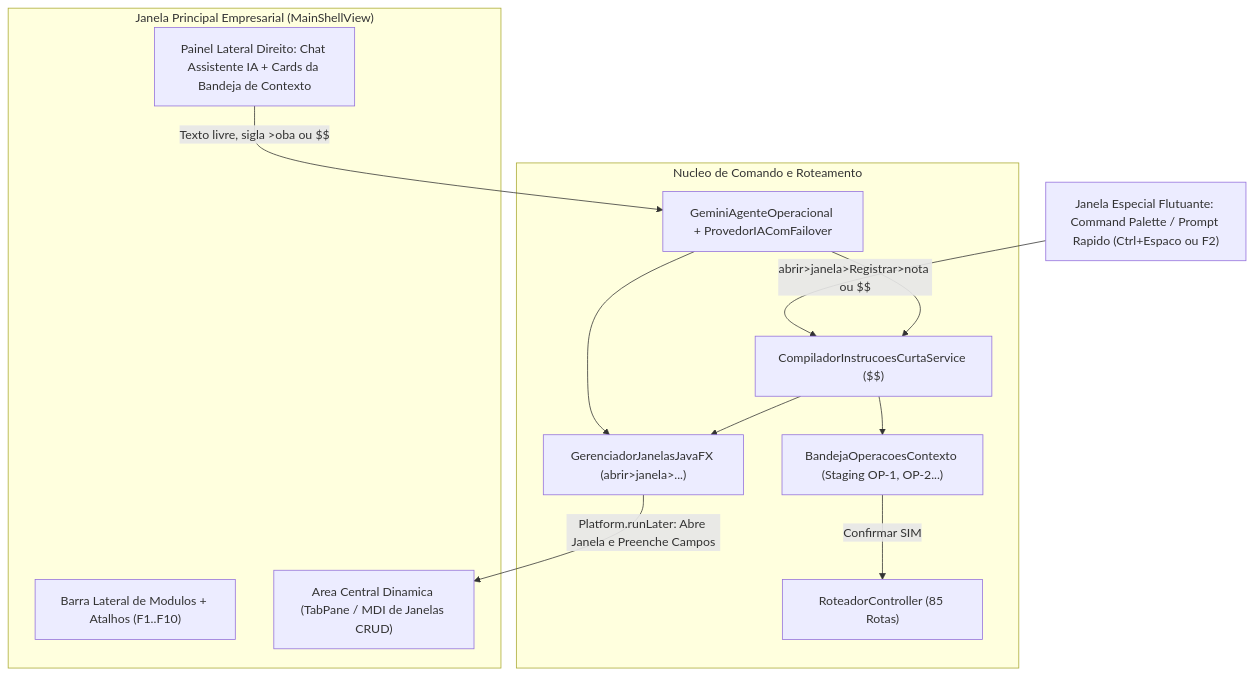
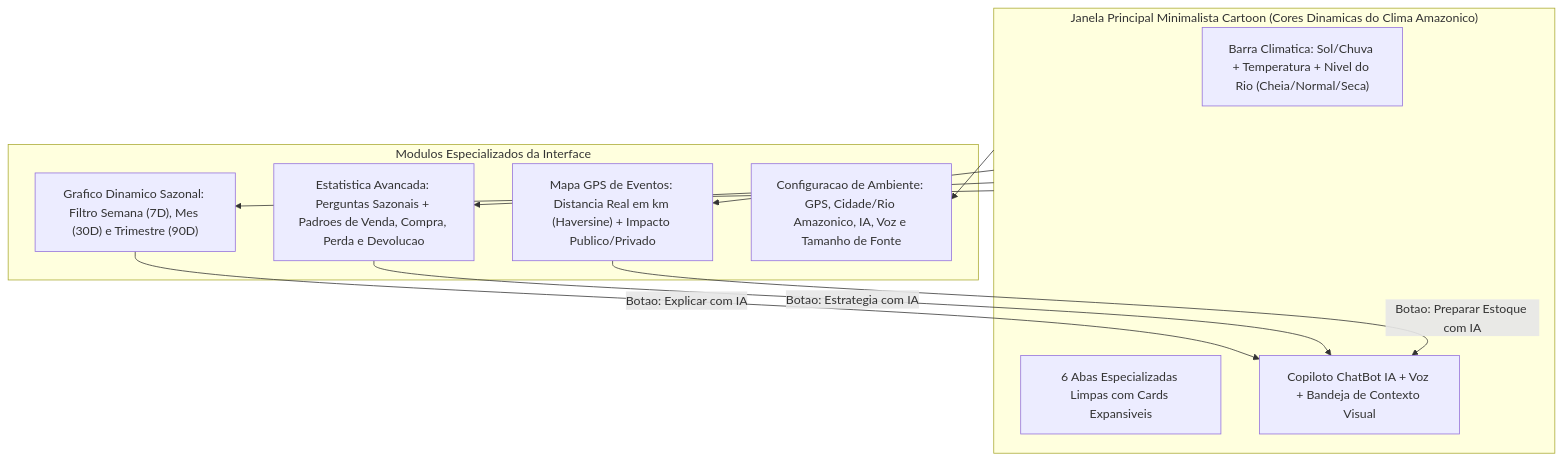
The diagram in docs/planejamentoJavaFXETestesComplexos.md (IgorUchoasCODE/PDV_java_Senac_Poo), drawn with Mermaid before and after one commit. The commit also changed other lines of this file and 48 other files, not shown here.

Commit message:
docs(ui,ia): limpa GUI antiga em src, documenta validacao 3 fases e nova interface cartoon amazonica

````diff
--- a/docs/planejamentoJavaFXETestesComplexos.md
+++ b/docs/planejamentoJavaFXETestesComplexos.md
@@ -397,27 +419,23 @@
 ```mermaid
 flowchart TB
-    subgraph Shell["Janela Principal Empresarial (MainShellView)"]
-        Menu["Barra Lateral de Modulos + Atalhos (F1..F10)"]
-        Workspace["Area Central Dinamica (TabPane / MDI de Janelas CRUD)"]
-        ChatDock["Painel Lateral Direito: Chat Assistente IA + Cards da Bandeja de Contexto"]
+    subgraph UI["Janela Principal Minimalista Cartoon (Cores Dinamicas do Clima Amazonico)"]
+        Header["Barra Climatica: Sol/Chuva + Temperatura + Nivel do Rio (Cheia/Normal/Seca)"]
+        Abas["6 Abas Especializadas Limpas com Cards Expansiveis"]
+        Copiloto["Copiloto ChatBot IA + Voz + Bandeja de Contexto Visual"]
     end
 
-    Spotlight["Janela Especial Flutuante: Command Palette / Prompt Rapido (Ctrl+Espaco ou F2)"]
-
-    subgraph Core["Nucleo de Comando e Roteamento"]
-        Agente["GeminiAgenteOperacional + ProvedorIAComFailover"]
-        Compilador["CompiladorInstrucoesCurtaService ($$)"]
-        GerenciadorUI["GerenciadorJanelasJavaFX (abrir>janela>...)"]
-        Bandeja["BandejaOperacoesContexto (Staging OP-1, OP-2...)"]
-        Roteador["RoteadorController (85 Rotas)"]
+    subgraph Recursos["Modulos Especializados da Interface"]
+        G["Grafico Dinamico Sazonal: Filtro Semana (7D), Mes (30D) e Trimestre (90D)"]
+        E["Estatistica Avancada: Perguntas Sazonais + Padroes de Venda, Compra, Perda e Devolucao"]
+        M["Mapa GPS de Eventos: Distancia Real em km (Haversine) + Impacto Publico/Privado"]
+        C["Configuracao de Ambiente: GPS, Cidade/Rio Amazonico, IA, Voz e Tamanho de Fonte"]
     end
 
-    ChatDock -->|Texto livre, sigla >oba ou $$| Agente
-    Spotlight -->|abrir>janela>Registrar>nota ou $$| Compilador
-    Agente --> Compilador
-    Agente --> GerenciadorUI
-    Compilador --> GerenciadorUI
-    Compilador --> Bandeja
-    GerenciadorUI -->|Platform.runLater: Abre Janela e Preenche Campos| Workspace
-    Bandeja -->|Confirmar SIM| Roteador
+    UI --> G
+    UI --> E
+    UI --> M
+    UI --> C
+    G -->|"Botao: Explicar com IA"| Copiloto
+    E -->|"Botao: Estrategia com IA"| Copiloto
+    M -->|"Botao: Preparar Estoque com IA"| Copiloto
 ```
````
